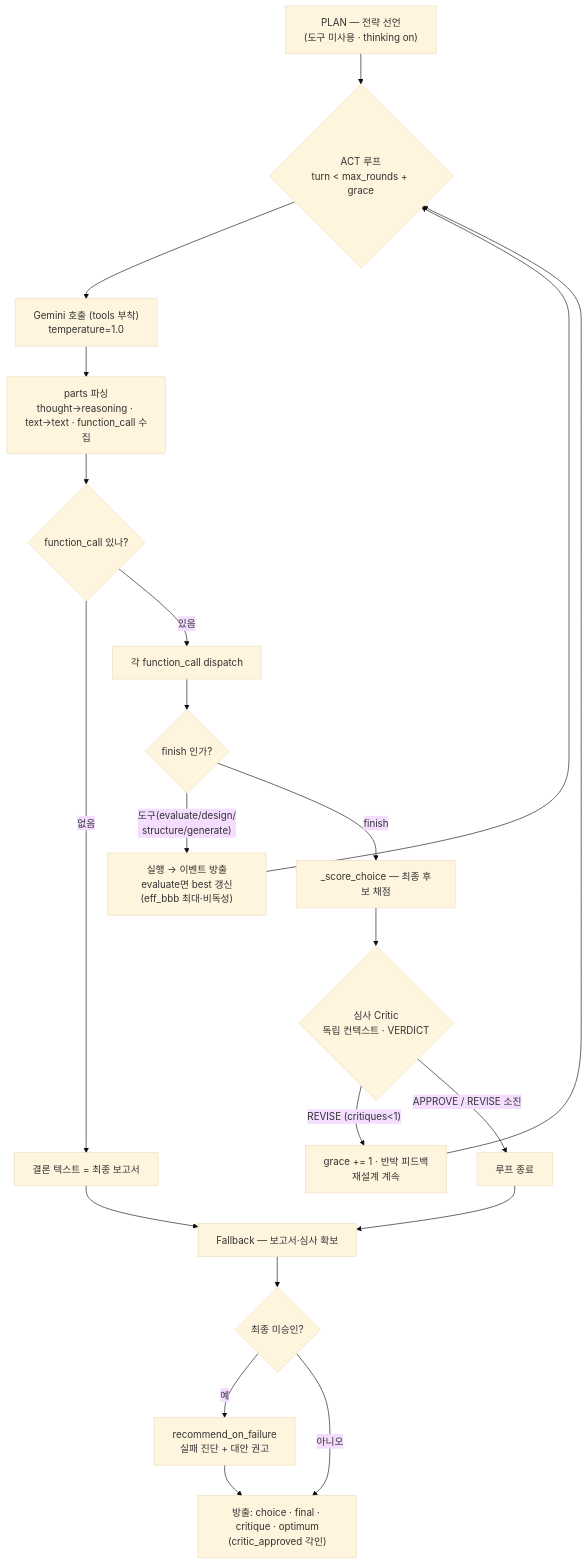
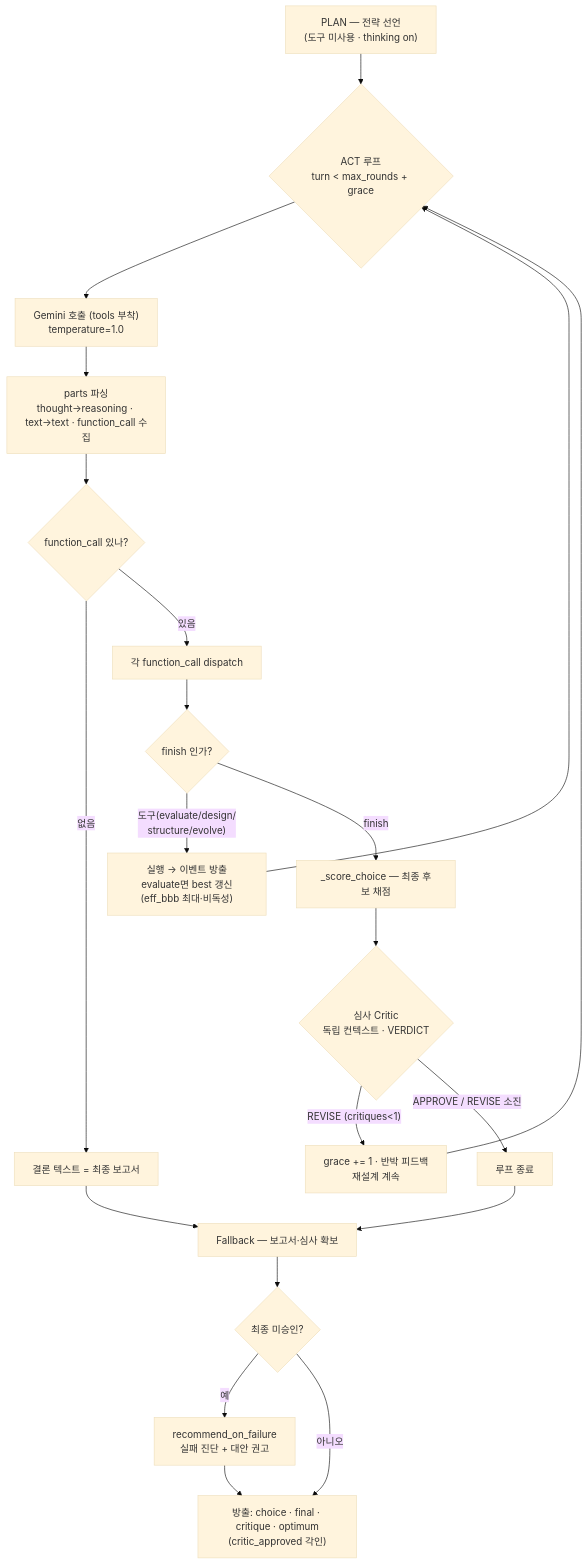
Before and after one commit to yunseul6028/BBB-Optimizer: the third of 3 diagrams in 기획서.md, drawn with Mermaid (base theme). The commit also changed other lines of this file and 4 other files, not shown here.

````diff
--- a/기획서.md
+++ b/기획서.md
@@ -353,19 +355,19 @@
 ```mermaid
 flowchart TD
   P["PLAN — 전략 선언<br/>(도구 미사용 · thinking on)"] --> LOOP{"ACT 루프<br/>turn &lt; max_rounds + grace"}
   LOOP --> G["Gemini 호출 (tools 부착)<br/>temperature=1.0"]
   G --> PARSE["parts 파싱<br/>thought→reasoning · text→text · function_call 수집"]
   PARSE --> HAS{"function_call 있나?"}
   HAS -->|없음| END1["결론 텍스트 = 최종 보고서"] --> FB
   HAS -->|있음| DISP["각 function_call dispatch"]
   DISP --> ISFIN{"finish 인가?"}
-  ISFIN -->|"도구(evaluate/design/<br/>structure/generate)"| TOOLS["실행 → 이벤트 방출<br/>evaluate면 best 갱신(eff_bbb 최대·비독성)"]
+  ISFIN -->|"도구(evaluate/design/<br/>structure/evolve)"| TOOLS["실행 → 이벤트 방출<br/>evaluate면 best 갱신(eff_bbb 최대·비독성)"]
   TOOLS --> LOOP
   ISFIN -->|"finish"| SCORE["_score_choice — 최종 후보 채점"]
   SCORE --> CRITIC{"심사 Critic<br/>독립 컨텍스트 · VERDICT"}
   CRITIC -->|"REVISE (critiques&lt;1)"| REV["grace += 1 · 반박 피드백<br/>재설계 계속"] --> LOOP
   CRITIC -->|"APPROVE / REVISE 소진"| BRK["루프 종료"] --> FB["Fallback — 보고서·심사 확보"]
   FB --> RECQ{"최종 미승인?"}
   RECQ -->|예| REC["recommend_on_failure<br/>실패 진단 + 대안 권고"] --> EMIT
   RECQ -->|아니오| EMIT["방출: choice · final · critique · optimum<br/>(critic_approved 각인)"]
 ```
````
